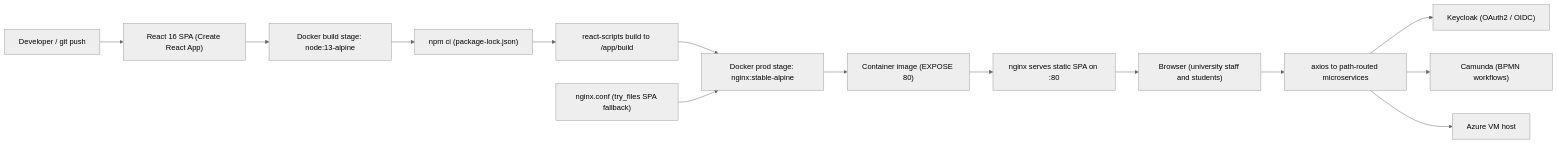
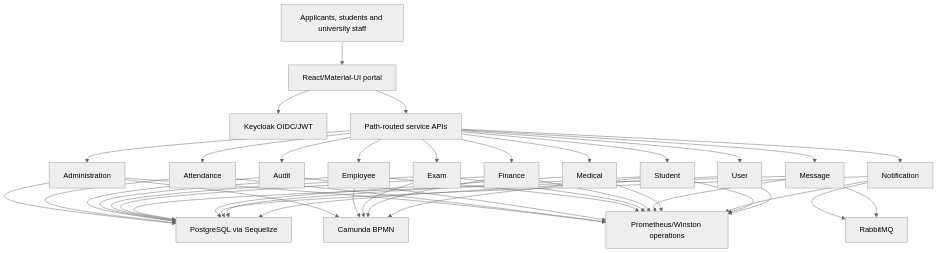
The first of 3 diagrams in docs/projects/welfare-system.md (ifham-mohamed/ifham.dev), drawn with Mermaid (neutral theme) before and after one commit. The commit also changed other lines of this file and 17 other files, not shown here.

````diff
--- a/docs/projects/welfare-system.md
+++ b/docs/projects/welfare-system.md
@@ -37,16 +46,21 @@
 ```mermaid
-flowchart LR
-  Dev["Developer / git push"] --> SRC["React 16 SPA (Create React App)"]
-  SRC --> BUILD["Docker build stage: node:13-alpine"]
-  BUILD --> NPMCI["npm ci (package-lock.json)"]
-  NPMCI --> ASSETS["react-scripts build to /app/build"]
-  ASSETS --> PROD["Docker prod stage: nginx:stable-alpine"]
-  CONF["nginx.conf (try_files SPA fallback)"] --> PROD
-  PROD --> IMG["Container image (EXPOSE 80)"]
-  IMG --> NGINX["nginx serves static SPA on :80"]
-  NGINX --> USER["Browser (university staff and students)"]
-  USER --> API["axios to path-routed microservices"]
-  API --> KC["Keycloak (OAuth2 / OIDC)"]
-  API --> CAM["Camunda (BPMN workflows)"]
-  API --> AZ["Azure VM host"]
+flowchart TD
+    U["Applicants, students and university staff"] --> FE["React/Material-UI portal"]
+    FE --> KC["Keycloak OIDC/JWT"]
+    FE --> GW["Path-routed service APIs"]
+    GW --> ADM["Administration"]
+    GW --> ATT["Attendance"]
+    GW --> AUD["Audit"]
+    GW --> EMP["Employee"]
+    GW --> EX["Exam"]
+    GW --> FIN["Finance"]
+    GW --> MSG["Message"]
+    GW --> MED["Medical"]
+    GW --> NOT["Notification"]
+    GW --> STU["Student"]
+    GW --> USR["User"]
+    ADM & ATT & AUD & EMP & EX & FIN & MSG & MED & NOT & STU & USR --> PG["PostgreSQL via Sequelize"]
+    ADM & EMP & EX & FIN & STU --> CAM["Camunda BPMN"]
+    NOT & MSG --> RMQ["RabbitMQ"]
+    ADM & ATT & AUD & EMP & EX & FIN & MSG & MED & NOT & STU & USR --> OBS["Prometheus/Winston operations"]
 ```
````
